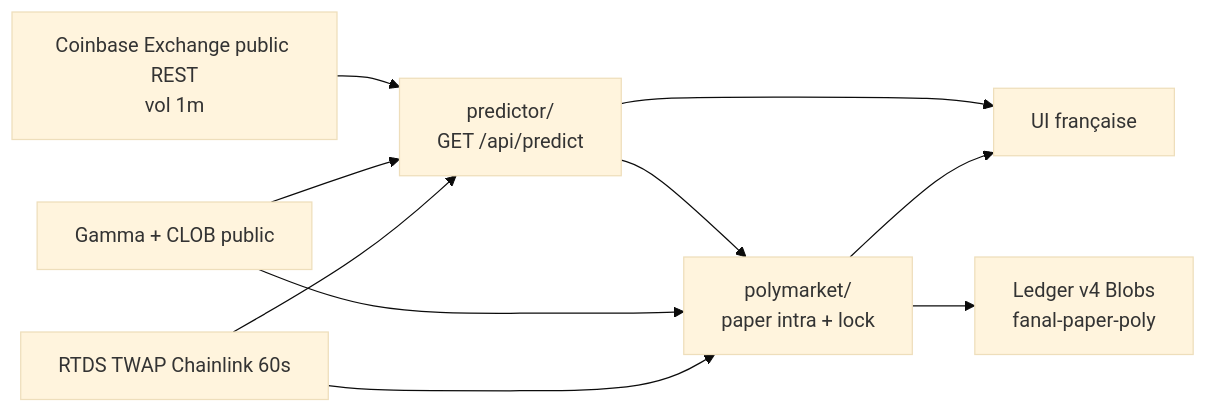
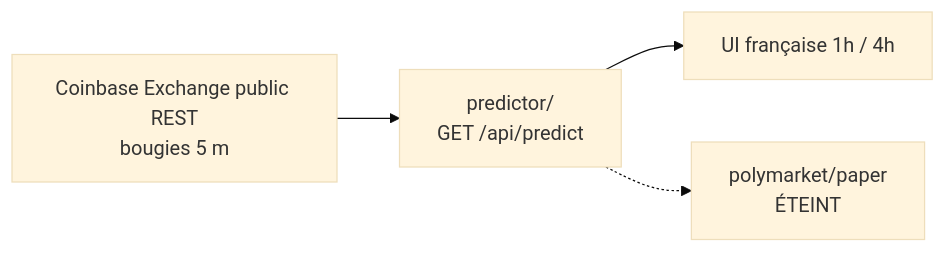
One commit to Jayvy2002/fanal changed the diagram in README.md. Above: the diagram before and after it, drawn with Mermaid (base theme). The commit also changed other lines of this file and 35 other files, not shown here.

First line of the commit message:
Prédicteur 1 h / 4 h LightGBM (Coinbase 5 m), paper Poly éteint

````diff
--- a/README.md
+++ b/README.md
@@ -14,20 +18,11 @@
 ```mermaid
 flowchart LR
-  CB[Coinbase Exchange public REST<br/>vol 1m]
+  CB[Coinbase Exchange public REST<br/>bougies 5 m]
   PRED["predictor/<br/>GET /api/predict"]
-  UI[UI française]
-  BOT["polymarket/<br/>paper intra + lock"]
-  GAMMA[Gamma + CLOB public]
-  RTDS[RTDS TWAP Chainlink 60s]
-  LEDGER[Ledger v4 Blobs<br/>fanal-paper-poly]
+  UI[UI française 1h / 4h]
+  PAPER["polymarket/paper<br/>ÉTEINT"]
 
   CB --> PRED
-  GAMMA --> PRED
-  RTDS --> PRED
   PRED --> UI
-  PRED --> BOT
-  GAMMA --> BOT
-  RTDS --> BOT
-  BOT --> LEDGER
-  BOT --> UI
+  PRED -.-> PAPER
 ```
````
